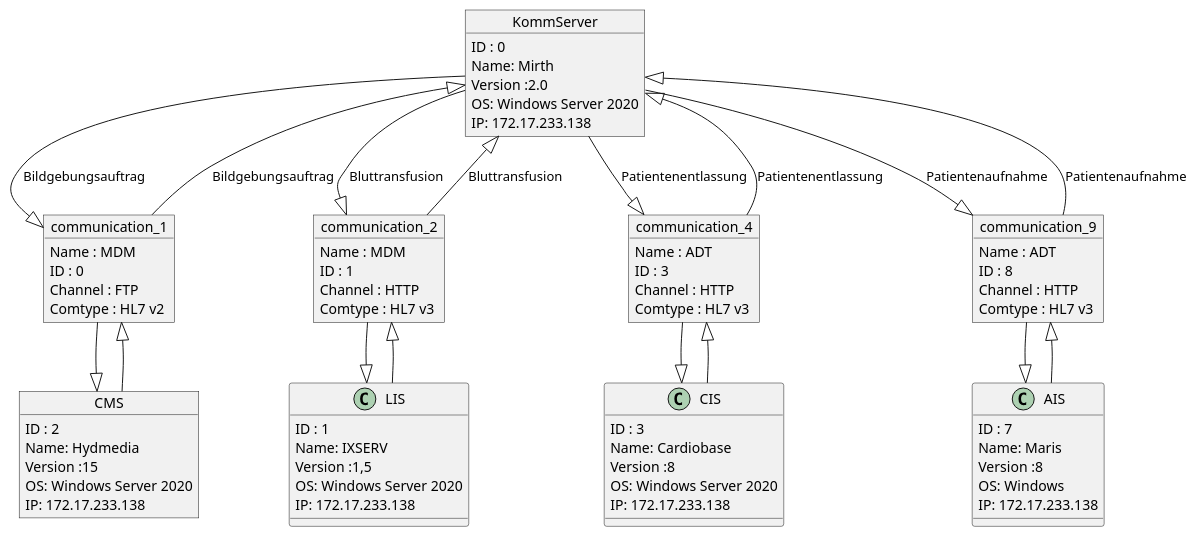
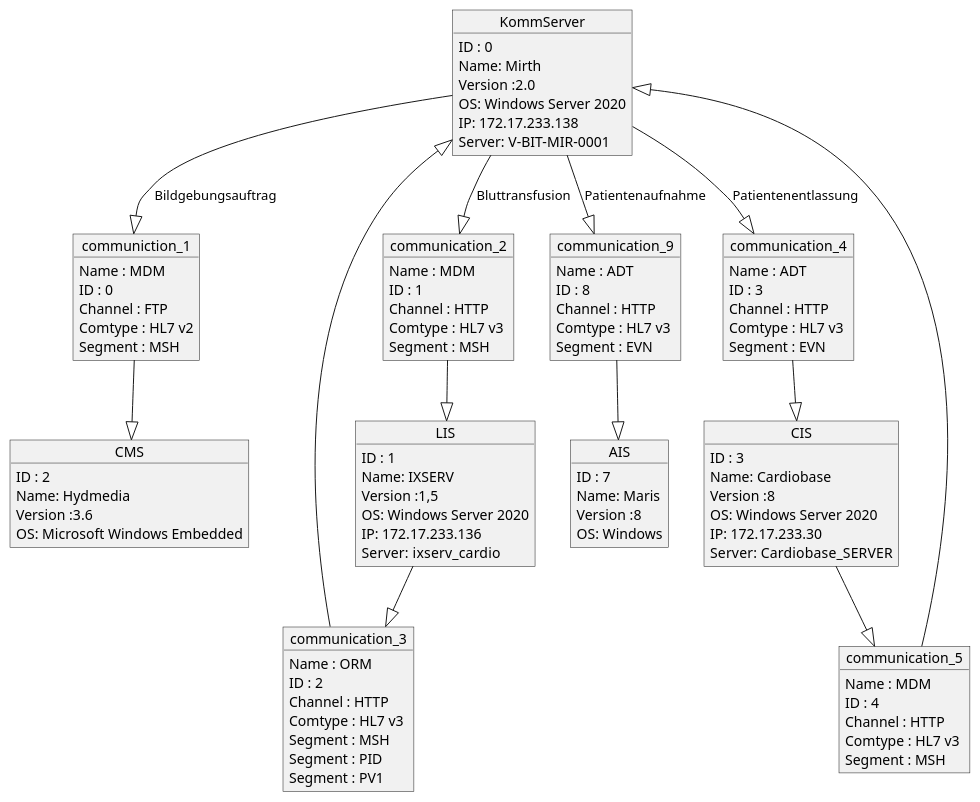
The diagram in static/puml/KommServer.puml (VirtualReality1/topologieSpringBoot), drawn with PlantUML before and after one commit. The commit also changed 15 other files, not shown here.

```diff
--- a/static/puml/KommServer.puml
+++ b/static/puml/KommServer.puml
@@ -1,65 +1,83 @@
 @startuml
 object KommServer
 object CMS
 CMS : ID : 2
 CMS : Name: Hydmedia
-CMS : Version :15
-CMS : OS: Windows Server 2020
-CMS : IP: 172.17.233.138
-object communication_1
-communication_1 : Name : MDM
-communication_1 : ID : 0
-communication_1 : Channel : FTP
-communication_1 : Comtype : HL7 v2
-KommServer --|> communication_1:Bildgebungsauftrag
-communication_1 --|> CMS
-KommServer <|-- communication_1:Bildgebungsauftrag
-communication_1 <|-- CMS
+CMS : Version :3.6
+CMS : OS: Microsoft Windows Embedded
+object communiction_1
+communiction_1 : Name : MDM
+communiction_1 : ID : 0
+communiction_1 : Channel : FTP
+communiction_1 : Comtype : HL7 v2
+KommServer --|> communiction_1:Bildgebungsauftrag
+communiction_1 --|> CMS
+communiction_1 : Segment : MSH
+object LIS
 LIS : ID : 1
 LIS : Name: IXSERV
 LIS : Version :1,5
 LIS : OS: Windows Server 2020
-LIS : IP: 172.17.233.138
+LIS : IP: 172.17.233.136
+LIS : Server:  ixserv_cardio
 object communication_2
 communication_2 : Name : MDM
 communication_2 : ID : 1
 communication_2 : Channel : HTTP
 communication_2 : Comtype : HL7 v3
+object communication_3
+communication_3 : Name : ORM
+communication_3 : ID : 2
+communication_3 : Channel : HTTP
+communication_3 : Comtype : HL7 v3
+LIS --|> communication_3
+communication_3 --|> KommServer
+communication_3 : Segment : MSH
+communication_3 : Segment : PID
+communication_3 : Segment : PV1
 KommServer --|> communication_2:Bluttransfusion
 communication_2 --|> LIS
-KommServer <|-- communication_2:Bluttransfusion
-communication_2 <|-- LIS
+communication_2 : Segment : MSH
+object CIS
 CIS : ID : 3
 CIS : Name: Cardiobase
 CIS : Version :8
 CIS : OS: Windows Server 2020
-CIS : IP: 172.17.233.138
+CIS : IP: 172.17.233.30
+CIS : Server:  Cardiobase_SERVER
 object communication_4
 communication_4 : Name : ADT
 communication_4 : ID : 3
 communication_4 : Channel : HTTP
 communication_4 : Comtype : HL7 v3
+object communication_5
+communication_5 : Name : MDM
+communication_5 : ID : 4
+communication_5 : Channel : HTTP
+communication_5 : Comtype : HL7 v3
+CIS --|> communication_5
+communication_5 --|> KommServer
+communication_5 : Segment : MSH
 KommServer --|> communication_4:Patientenentlassung
 communication_4 --|> CIS
-KommServer <|-- communication_4:Patientenentlassung
-communication_4 <|-- CIS
+communication_4 : Segment : EVN
+object AIS
 AIS : ID : 7
 AIS : Name: Maris
 AIS : Version :8
 AIS : OS: Windows
-AIS : IP: 172.17.233.138
 object communication_9
 communication_9 : Name : ADT
 communication_9 : ID : 8
 communication_9 : Channel : HTTP
 communication_9 : Comtype : HL7 v3
 KommServer --|> communication_9:Patientenaufnahme
 communication_9 --|> AIS
-KommServer <|-- communication_9:Patientenaufnahme
-communication_9 <|-- AIS
+communication_9 : Segment : EVN
 KommServer : ID : 0
 KommServer : Name: Mirth
 KommServer : Version :2.0
 KommServer : OS: Windows Server 2020
 KommServer : IP: 172.17.233.138
+KommServer : Server: V-BIT-MIR-0001
 @enduml
```
